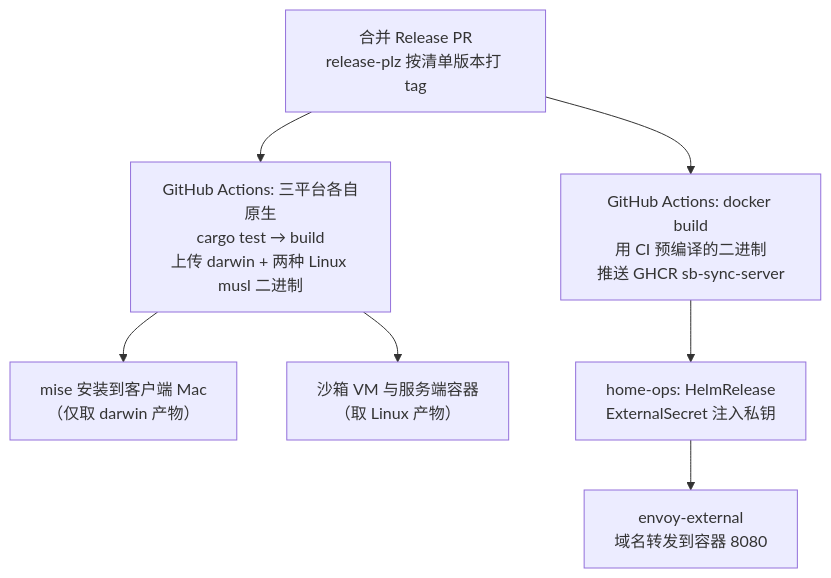
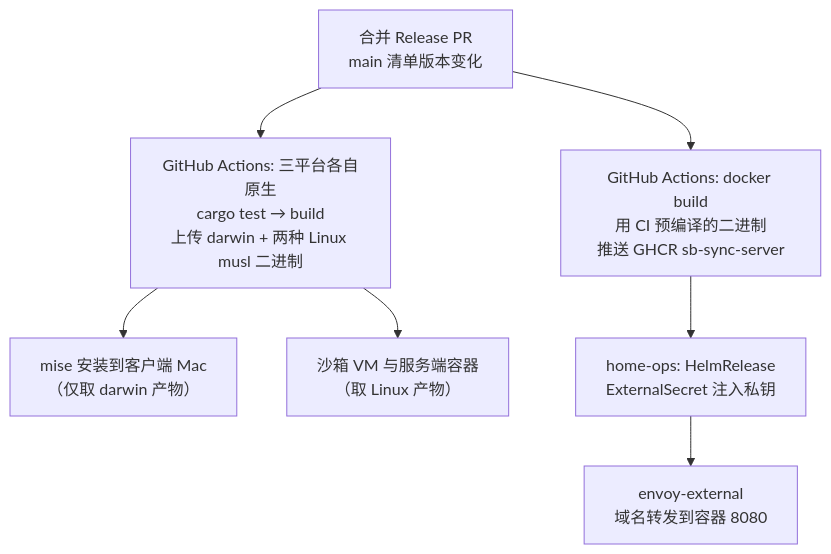
Before and after one commit to shelken/proxy: the fourth of 4 diagrams in docs/sb-sync.md, drawn with Mermaid. The commit also changed 5 other files, not shown here.

````diff
--- a/docs/sb-sync.md
+++ b/docs/sb-sync.md
@@ -263,9 +263,9 @@
 ```mermaid
 flowchart TD
-    TAG["合并 Release PR<br/>release-plz 按清单版本打 tag"] --> BIN["GitHub Actions: 三平台各自原生<br/>cargo test → build<br/>上传 darwin + 两种 Linux musl 二进制"]
+    TAG["合并 Release PR<br/>main 清单版本变化"] --> BIN["GitHub Actions: 三平台各自原生<br/>cargo test → build<br/>上传 darwin + 两种 Linux musl 二进制"]
     TAG --> IMG["GitHub Actions: docker build<br/>用 CI 预编译的二进制<br/>推送 GHCR sb-sync-server"]
     BIN --> MISE["mise 安装到客户端 Mac<br/>（仅取 darwin 产物）"]
     BIN --> BOX["沙箱 VM 与服务端容器<br/>（取 Linux 产物）"]
     IMG --> HO["home-ops: HelmRelease<br/>ExternalSecret 注入私钥"]
     HO --> GW["envoy-external<br/>域名转发到容器 8080"]
 ```
````
